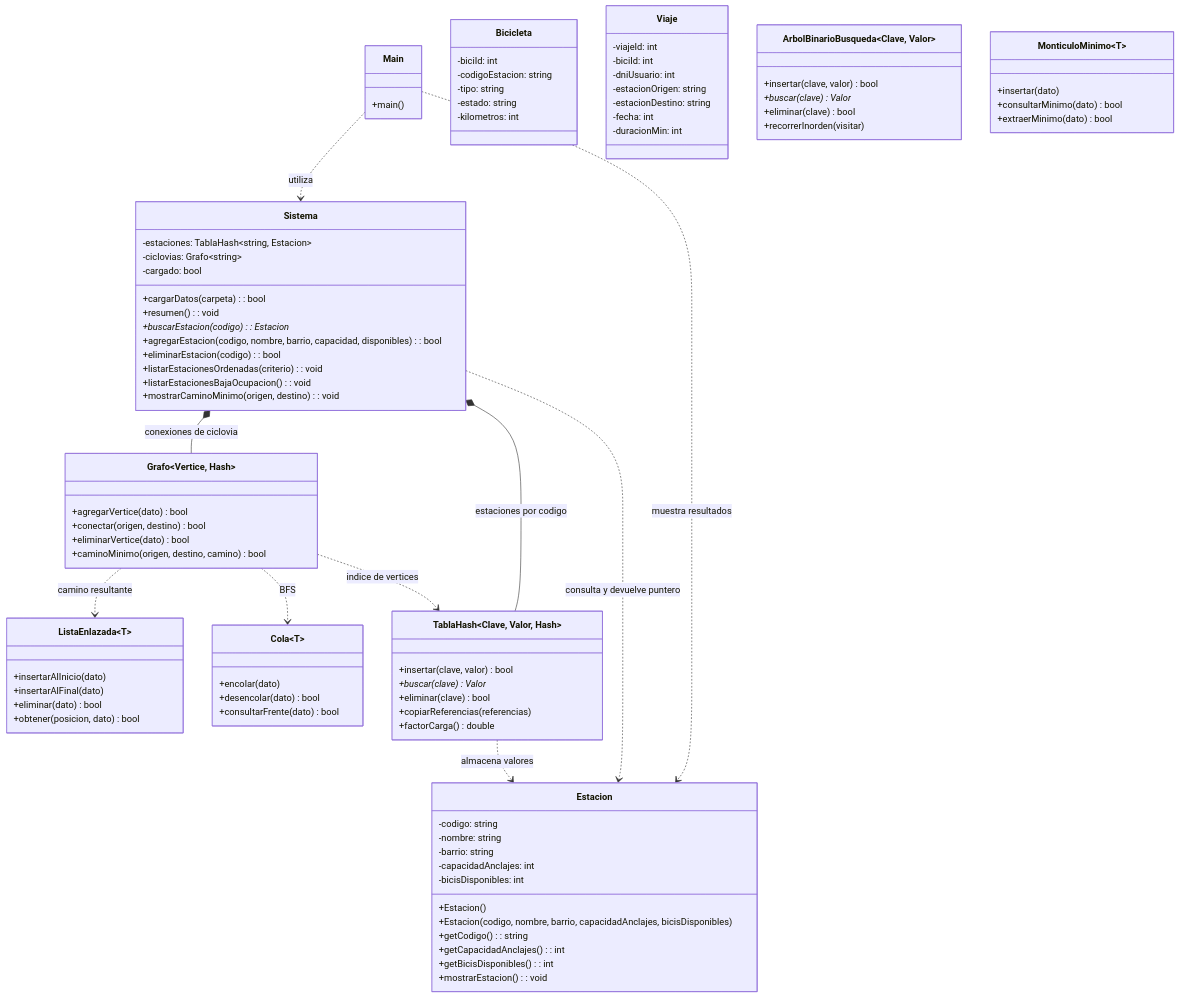
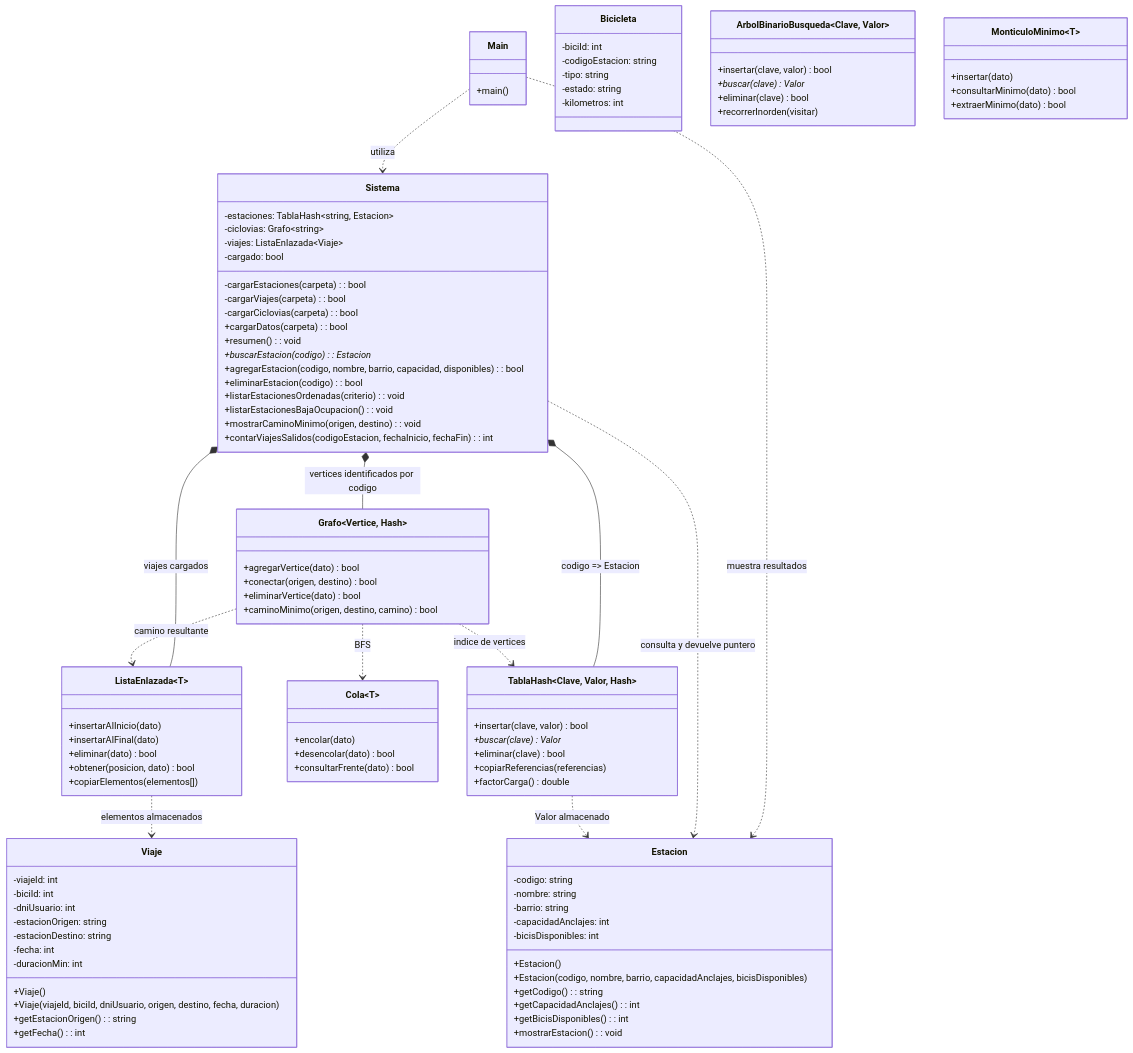
Before and after one commit to cberto/algoritmos: the diagram in TP - Integrador/UML_ACTUAL.md, drawn with Mermaid. The commit also changed other lines of this file and 9 other files, not shown here.

```diff
--- a/TP - Integrador/UML_ACTUAL.md
+++ b/TP - Integrador/UML_ACTUAL.md
@@ -9,8 +9,12 @@
     }
 
     class Sistema {
+        -cargarEstaciones(carpeta): bool
+        -cargarViajes(carpeta): bool
+        -cargarCiclovias(carpeta): bool
         -estaciones: TablaHash~string, Estacion~
         -ciclovias: Grafo~string~
+        -viajes: ListaEnlazada~Viaje~
         -cargado: bool
         +cargarDatos(carpeta): bool
         +resumen(): void
@@ -20,6 +24,7 @@
         +listarEstacionesOrdenadas(criterio): void
         +listarEstacionesBajaOcupacion(): void
         +mostrarCaminoMinimo(origen, destino): void
+        +contarViajesSalidos(codigoEstacion, fechaInicio, fechaFin): int
     }
 
     class Estacion {
@@ -52,6 +57,10 @@
         -estacionDestino: string
         -fecha: int
         -duracionMin: int
+        +Viaje()
+        +Viaje(viajeId, biciId, dniUsuario, origen, destino, fecha, duracion)
+        +getEstacionOrigen(): string
+        +getFecha(): int
     }
 
     class ListaEnlazada~T~ {
@@ -59,6 +68,7 @@
         +insertarAlFinal(dato)
         +eliminar(dato) bool
         +obtener(posicion, dato) bool
+        +copiarElementos(elementos[])
     }
 
     class Cola~T~ {
@@ -97,10 +107,12 @@
 
     Main ..> Sistema : utiliza
     Main ..> Estacion : muestra resultados
-    Sistema *-- TablaHash : estaciones por codigo
-    Sistema *-- Grafo : conexiones de ciclovia
+    Sistema *-- TablaHash~string, Estacion~ : codigo => Estacion
+    Sistema *-- Grafo~string~ : vertices identificados por codigo
+    Sistema *-- ListaEnlazada~Viaje~ : viajes cargados
     Sistema ..> Estacion : consulta y devuelve puntero
-    TablaHash ..> Estacion : almacena valores
+    TablaHash ..> Estacion : Valor almacenado
+    ListaEnlazada ..> Viaje : elementos almacenados
     Grafo ..> Cola : BFS
     Grafo ..> TablaHash : indice de vertices
     Grafo ..> ListaEnlazada : camino resultante
```
